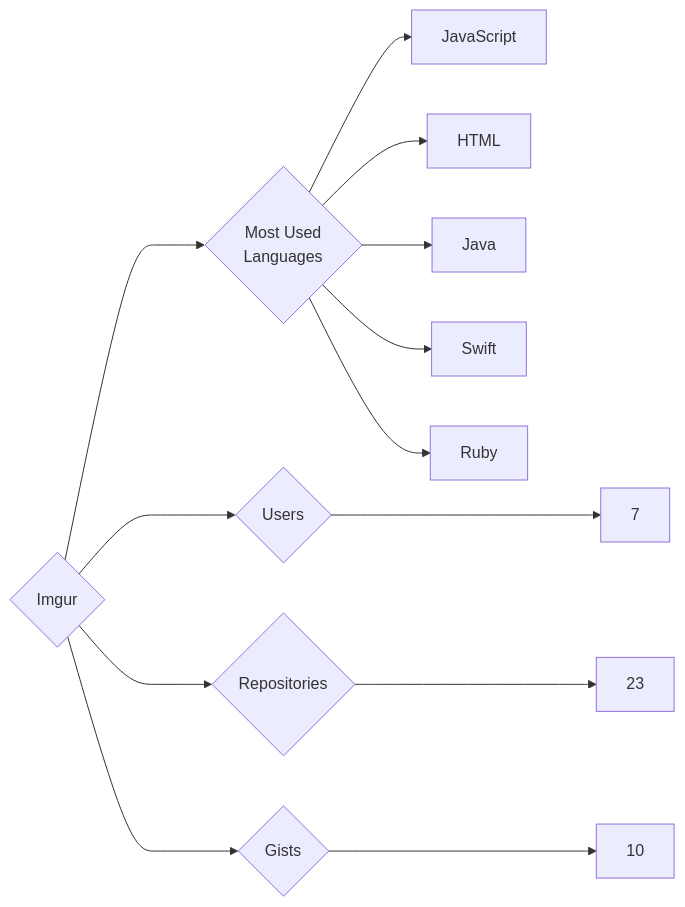
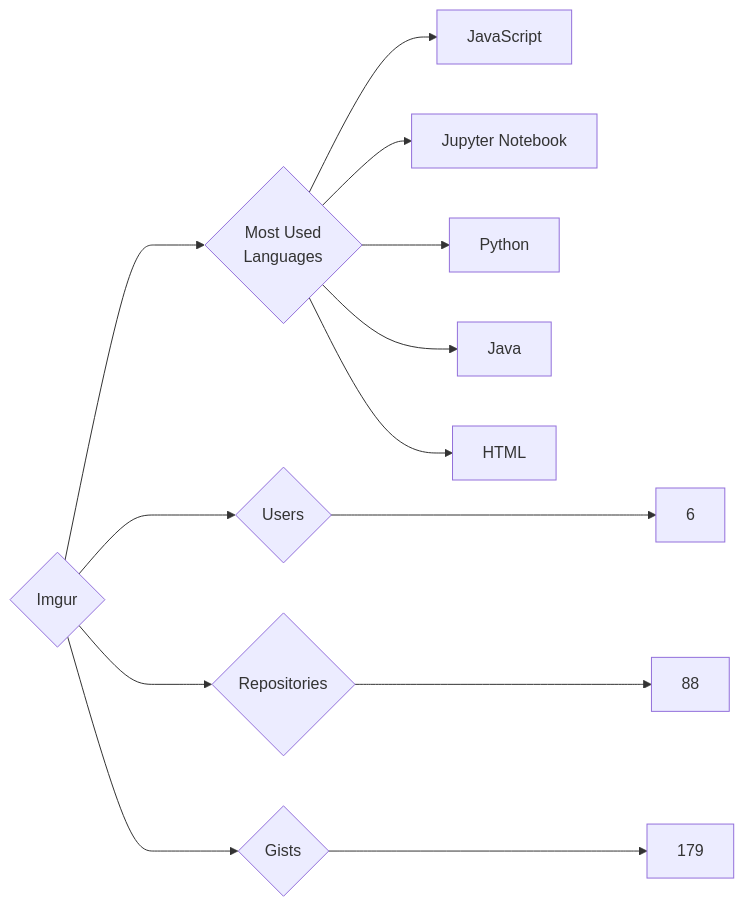
One commit to trickest/insiders changed the diagram in targets/Imgur/README.md. Above: the diagram before and after it, drawn with Mermaid. The commit also changed 1023 other files, not shown here.

````diff
--- a/targets/Imgur/README.md
+++ b/targets/Imgur/README.md
@@ -3,13 +3,13 @@
 ```mermaid
 graph LR
 COMPANY_NAME{Imgur}
-COMPANY_NAME ---> U{Users} ---> UN[7]
-COMPANY_NAME ---> R{Repositories} ---> RN[23]
-COMPANY_NAME ---> G{Gists} ---> GN[10]
+COMPANY_NAME ---> U{Users} ---> UN[6]
+COMPANY_NAME ---> R{Repositories} ---> RN[88]
+COMPANY_NAME ---> G{Gists} ---> GN[179]
 COMPANY_NAME ---> ML{Most Used<br>Languages}
 ML --> JavaScript[JavaScript]
+ML --> Jupyter_Notebook[Jupyter Notebook]
+ML --> Python[Python]
+ML --> Java[Java]
 ML --> HTML[HTML]
-ML --> Java[Java]
-ML --> Swift[Swift]
-ML --> Ruby[Ruby]
 ```
````
